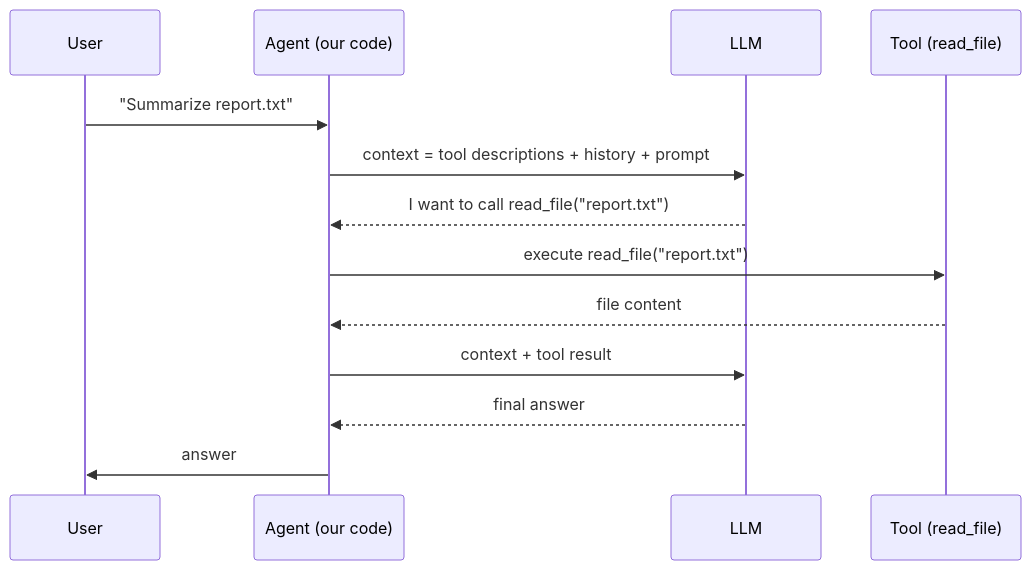
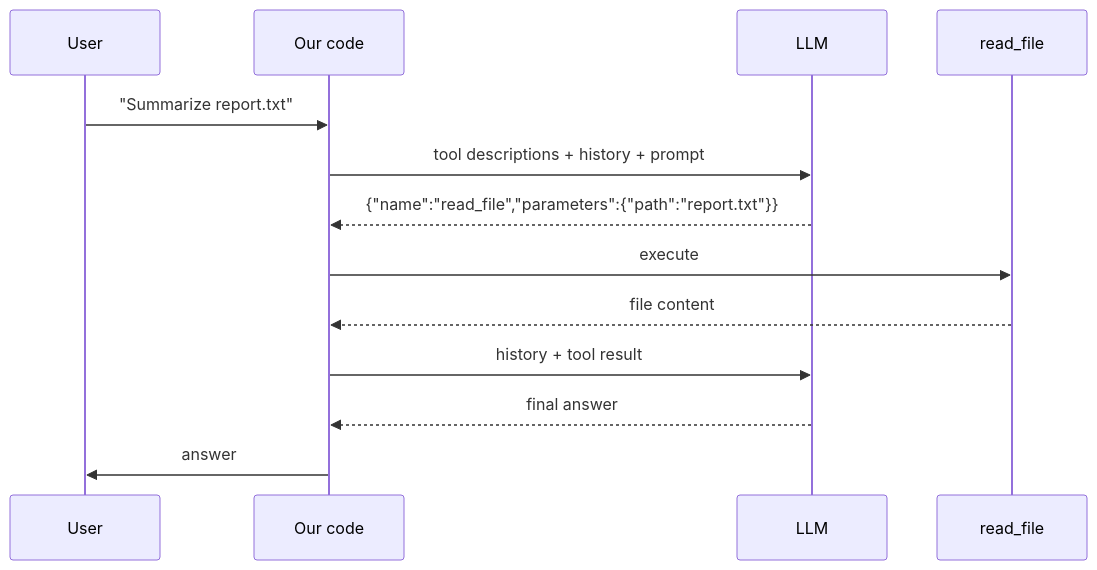
The fourth of 7 diagrams in PRESENTATION.md (ilsasdo/its-all-about-prompting), drawn with Mermaid before and after one commit. The commit also changed other lines of this file, not shown here.

````diff
--- a/PRESENTATION.md
+++ b/PRESENTATION.md
@@ -85,15 +116,15 @@
 ```mermaid
 sequenceDiagram
     participant U as User
-    participant A as Agent (our code)
+    participant A as Our code
     participant L as LLM
-    participant T as Tool (read_file)
+    participant T as read_file
     U->>A: "Summarize report.txt"
-    A->>L: context = tool descriptions + history + prompt
-    L-->>A: I want to call read_file("report.txt")
-    A->>T: execute read_file("report.txt")
+    A->>L: tool descriptions + history + prompt
+    L-->>A: {"name":"read_file","parameters":{"path":"report.txt"}}
+    A->>T: execute
     T-->>A: file content
-    A->>L: context + tool result
+    A->>L: history + tool result
     L-->>A: final answer
     A->>U: answer
 ```
````
